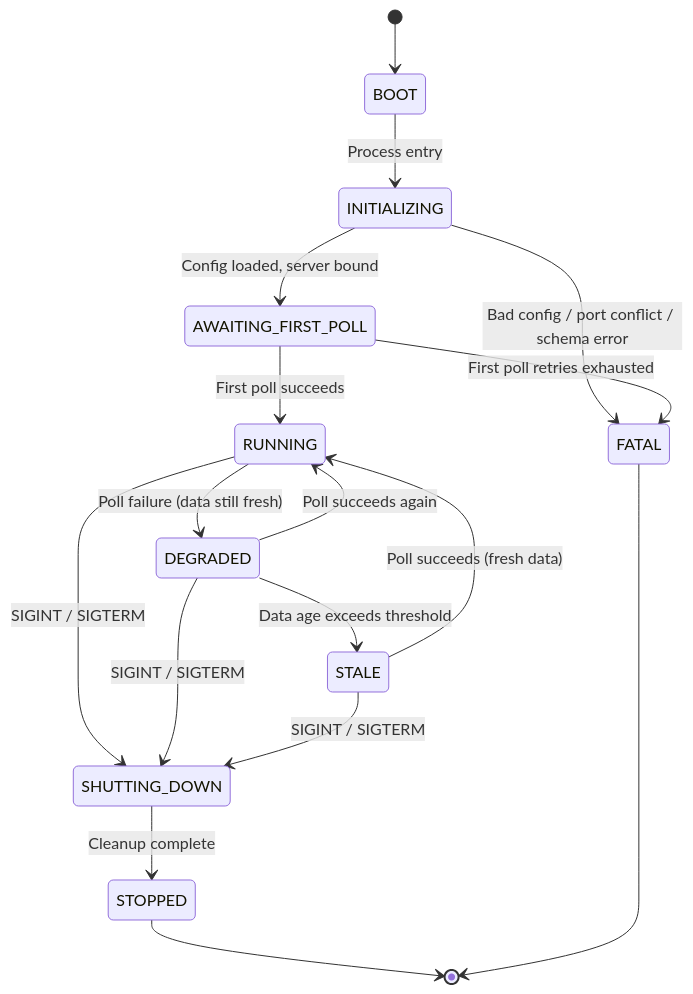
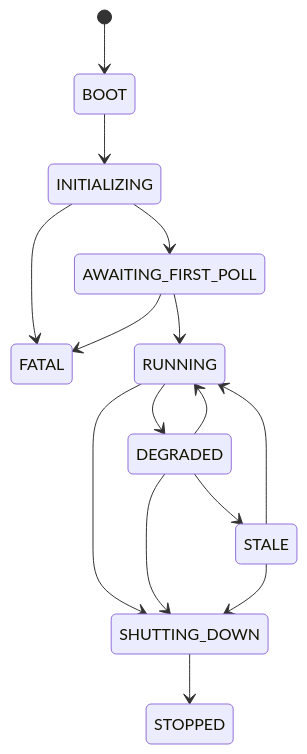
The first of 2 diagrams in .memory/state-transitions.md (tensorfish/mykimap-live), drawn with Mermaid before and after one commit. The commit also changed other lines of this file, not shown here.

````diff
--- a/.memory/state-transitions.md
+++ b/.memory/state-transitions.md
@@ -23,27 +9,17 @@
 ```mermaid
 stateDiagram-v2
     [*] --> BOOT
-
-    BOOT --> INITIALIZING : Process entry
-
-    INITIALIZING --> AWAITING_FIRST_POLL : Config loaded, server bound
-    INITIALIZING --> FATAL : Bad config / port conflict / schema error
-
-    AWAITING_FIRST_POLL --> RUNNING : First poll succeeds
-    AWAITING_FIRST_POLL --> FATAL : First poll retries exhausted
-
-    RUNNING --> DEGRADED : Poll failure (data still fresh)
-    RUNNING --> SHUTTING_DOWN : SIGINT / SIGTERM
-
-    DEGRADED --> RUNNING : Poll succeeds again
-    DEGRADED --> STALE : Data age exceeds threshold
-    DEGRADED --> SHUTTING_DOWN : SIGINT / SIGTERM
-
-    STALE --> RUNNING : Poll succeeds (fresh data)
-    STALE --> SHUTTING_DOWN : SIGINT / SIGTERM
-
-    SHUTTING_DOWN --> STOPPED : Cleanup complete
-
-    STOPPED --> [*]
-    FATAL --> [*]
+    BOOT --> INITIALIZING
+    INITIALIZING --> AWAITING_FIRST_POLL
+    INITIALIZING --> FATAL
+    AWAITING_FIRST_POLL --> RUNNING
+    AWAITING_FIRST_POLL --> FATAL
+    RUNNING --> DEGRADED
+    RUNNING --> SHUTTING_DOWN
+    DEGRADED --> RUNNING
+    DEGRADED --> STALE
+    DEGRADED --> SHUTTING_DOWN
+    STALE --> RUNNING
+    STALE --> SHUTTING_DOWN
+    SHUTTING_DOWN --> STOPPED
 ```
````
